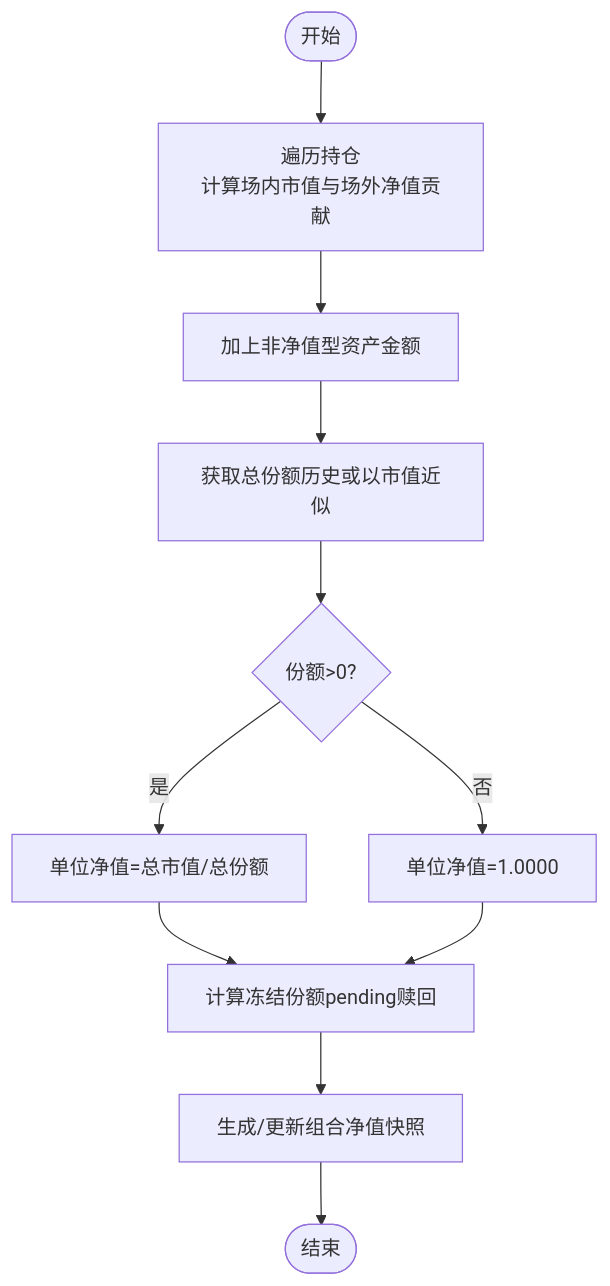
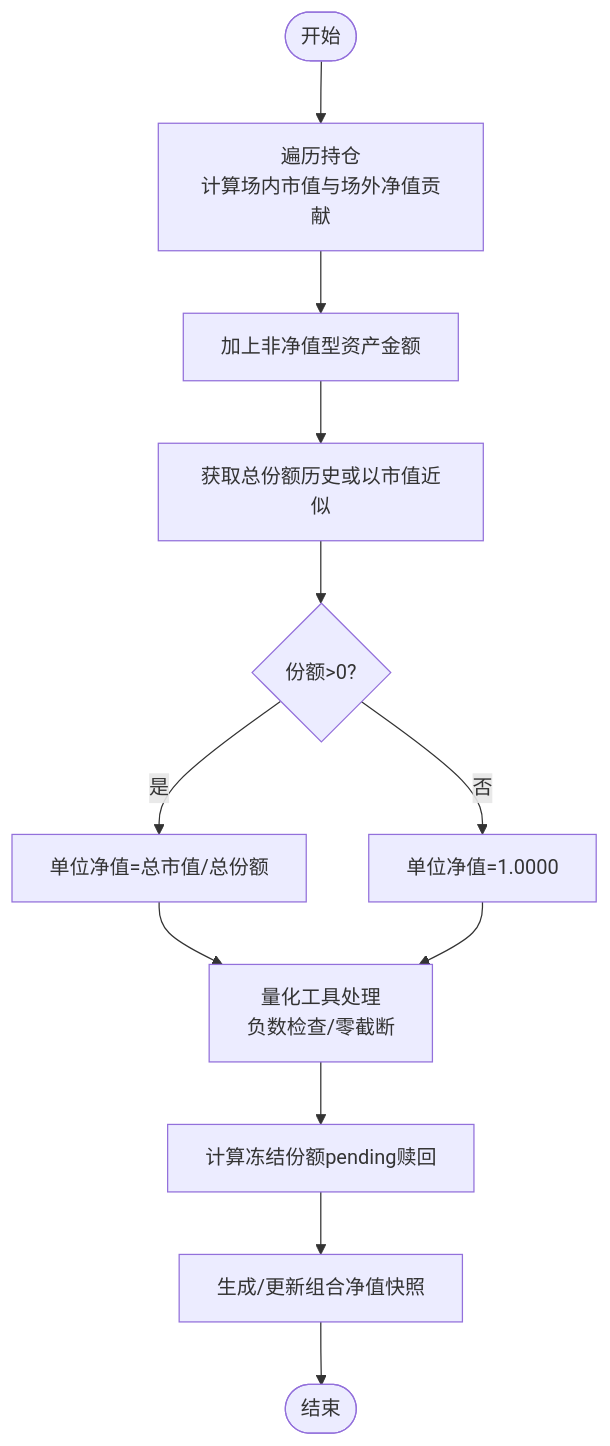
One commit to gujialind/InvestRing changed the third of 9 diagrams in .qoder/repowiki/zh/content/数据库设计/核心计算公式.md. Above: the diagram before and after it, drawn with Mermaid. The commit also changed other lines of this file and 19 other files, not shown here.

````diff
--- a/.qoder/repowiki/zh/content/数据库设计/核心计算公式.md
+++ b/.qoder/repowiki/zh/content/数据库设计/核心计算公式.md
@@ -166,13 +192,14 @@
 ```mermaid
 flowchart TD
 Start(["开始"]) --> SumPos["遍历持仓<br/>计算场内市值与场外净值贡献"]
 SumPos --> CashAmt["加上非净值型资产金额"]
 CashAmt --> Shares["获取总份额历史或以市值近似"]
 Shares --> UnitPrice{"份额>0?"}
 UnitPrice --> |是| CalcUnit["单位净值=总市值/总份额"]
 UnitPrice --> |否| DefaultUnit["单位净值=1.0000"]
-CalcUnit --> Freeze["计算冻结份额pending赎回"]
-DefaultUnit --> Freeze
+CalcUnit --> QuantCheck["量化工具处理<br/>负数检查/零截断"]
+DefaultUnit --> QuantCheck
+QuantCheck --> Freeze["计算冻结份额pending赎回"]
 Freeze --> Snapshot["生成/更新组合净值快照"]
 Snapshot --> End(["结束"])
 ```
````
